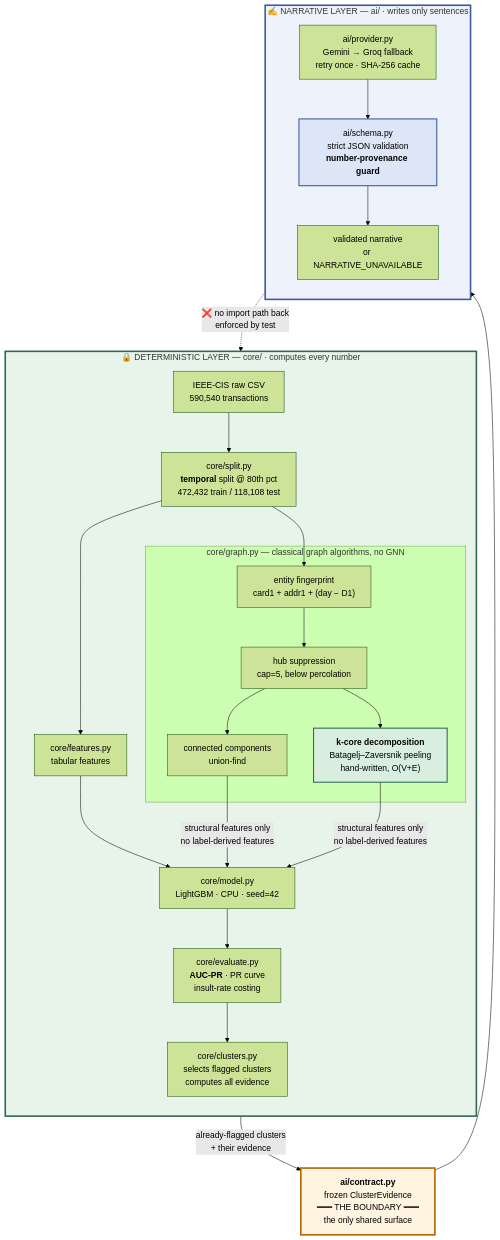
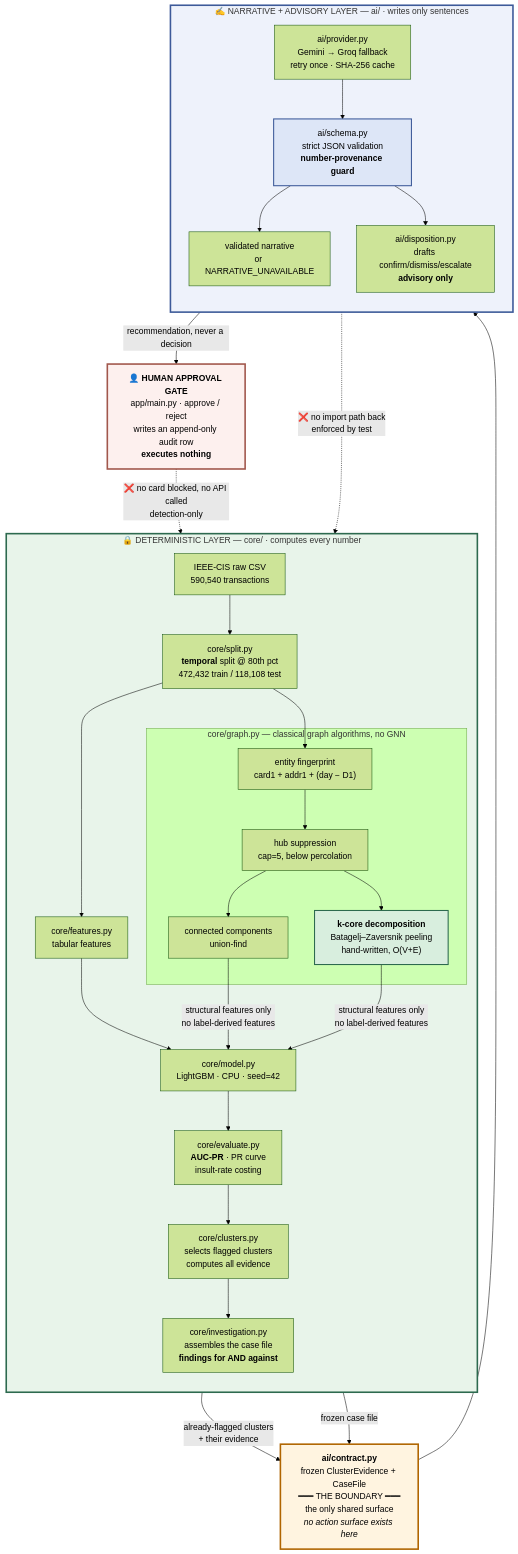
One commit to sakirr05/ringwatch changed the first of 3 diagrams in README.md. Above: the diagram before and after it, drawn with Mermaid (forest theme). The commit also changed other lines of this file and 13 other files, not shown here.

````diff
--- a/README.md
+++ b/README.md
@@ -185,46 +185,54 @@
 ```mermaid
 flowchart TB
     subgraph DET["🔒 DETERMINISTIC LAYER — core/ · computes every number"]
         direction TB
         RAW["IEEE-CIS raw CSV<br/>590,540 transactions"]
         SPLIT["core/split.py<br/><b>temporal</b> split @ 80th pct<br/>472,432 train / 118,108 test"]
         FEAT["core/features.py<br/>tabular features"]
 
         subgraph GRAPH["core/graph.py — classical graph algorithms, no GNN"]
             UID["entity fingerprint<br/>card1 + addr1 + (day − D1)"]
             HUB["hub suppression<br/>cap=5, below percolation"]
             CC["connected components<br/>union-find"]
             KC["<b>k-core decomposition</b><br/>Batagelj–Zaversnik peeling<br/>hand-written, O(V+E)"]
             UID --> HUB --> CC & KC
         end
 
         MODEL["core/model.py<br/>LightGBM · CPU · seed=42"]
         EVAL["core/evaluate.py<br/><b>AUC-PR</b> · PR curve<br/>insult-rate costing"]
         CLUST["core/clusters.py<br/>selects flagged clusters<br/>computes all evidence"]
+        INV["core/investigation.py<br/>assembles the case file<br/><b>findings for AND against</b>"]
 
         RAW --> SPLIT --> FEAT --> MODEL
         SPLIT --> UID
         CC & KC -->|structural features only<br/>no label-derived features| MODEL
-        MODEL --> EVAL --> CLUST
+        MODEL --> EVAL --> CLUST --> INV
     end
 
-    CONTRACT["<b>ai/contract.py</b><br/>frozen ClusterEvidence<br/>━━━ THE BOUNDARY ━━━<br/>the only shared surface"]
+    CONTRACT["<b>ai/contract.py</b><br/>frozen ClusterEvidence + CaseFile<br/>━━━ THE BOUNDARY ━━━<br/>the only shared surface<br/><i>no action surface exists here</i>"]
 
-    subgraph AI["✍️ NARRATIVE LAYER — ai/ · writes only sentences"]
+    subgraph AI["✍️ NARRATIVE + ADVISORY LAYER — ai/ · writes only sentences"]
         direction TB
         PROV["ai/provider.py<br/>Gemini → Groq fallback<br/>retry once · SHA-256 cache"]
         SCHEMA["ai/schema.py<br/>strict JSON validation<br/><b>number-provenance guard</b>"]
         OUT["validated narrative<br/>or NARRATIVE_UNAVAILABLE"]
-        PROV --> SCHEMA --> OUT
+        DISP["ai/disposition.py<br/>drafts confirm/dismiss/escalate<br/><b>advisory only</b>"]
+        PROV --> SCHEMA --> OUT & DISP
     end
 
+    GATE["👤 <b>HUMAN APPROVAL GATE</b><br/>app/main.py · approve / reject<br/>writes an append-only audit row<br/><b>executes nothing</b>"]
+
     CLUST -->|already-flagged clusters<br/>+ their evidence| CONTRACT
+    INV -->|frozen case file| CONTRACT
     CONTRACT --> PROV
+    DISP -->|recommendation, never a decision| GATE
     AI -.->|❌ no import path back<br/>enforced by test| DET
+    GATE -.->|❌ no card blocked, no API called<br/>detection-only| DET
 
     style DET fill:#e8f4ea,stroke:#2d6a4f,stroke-width:3px
     style AI fill:#eef2fb,stroke:#3d5a99,stroke-width:3px
     style CONTRACT fill:#fff4e0,stroke:#b06500,stroke-width:3px
     style KC fill:#d8eede,stroke:#2d6a4f,stroke-width:2px
     style SCHEMA fill:#dde6f7,stroke:#3d5a99,stroke-width:2px
+    style GATE fill:#fdf0ee,stroke:#a1574c,stroke-width:3px
 ```
````
